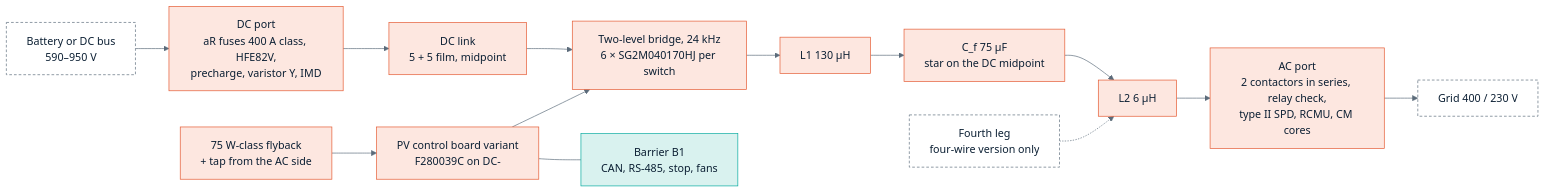
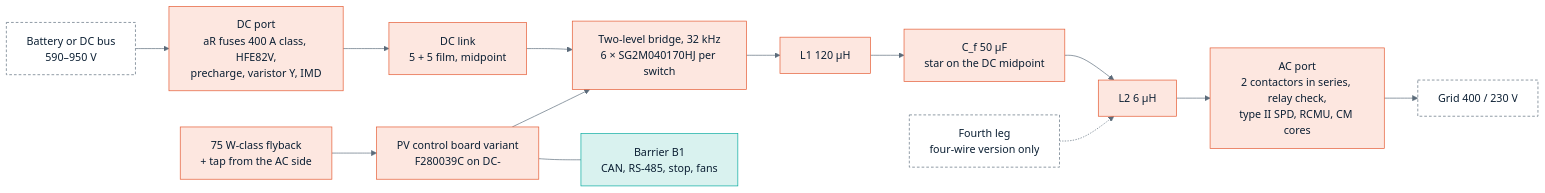
Before and after one commit to vectivolt/PCM: the diagram in docs/guide/09-pcs-p125.md, drawn with Mermaid. The commit also changed other lines of this file and 33 other files, not shown here.

````diff
--- a/docs/guide/09-pcs-p125.md
+++ b/docs/guide/09-pcs-p125.md
@@ -132,19 +136,19 @@
 ```mermaid
 %%{init: {"theme": "base", "themeVariables": {"primaryColor": "#EEF3F7", "primaryBorderColor": "#0B1F33", "primaryTextColor": "#0B1F33", "lineColor": "#5B6B7A", "secondaryColor": "#D9F2EF", "tertiaryColor": "#FFF4D6", "fontFamily": "Inter, Helvetica, Arial, sans-serif"}}}%%
 flowchart LR
     BAT["Battery or DC bus<br/>590–950 V"]:::ext --> DCP["DC port<br/>aR fuses 400 A class, HFE82V,<br/>precharge, varistor Y, IMD"]:::live
     DCP --> LINK["DC link<br/>5 + 5 film, midpoint"]:::live
-    LINK --> BR["Two-level bridge, 24 kHz<br/>6 × SG2M040170HJ per switch"]:::live
-    BR --> L1["L1 130 µH"]:::live
-    L1 --> CF["C_f 75 µF<br/>star on the DC midpoint"]:::live
+    LINK --> BR["Two-level bridge, 32 kHz<br/>6 × SG2M040170HJ per switch"]:::live
+    BR --> L1["L1 120 µH"]:::live
+    L1 --> CF["C_f 50 µF<br/>star on the DC midpoint"]:::live
     CF --> L2["L2 6 µH"]:::live
     L2 --> ACP["AC port<br/>2 contactors in series, relay check,<br/>type II SPD, RCMU, CM cores"]:::live
     ACP --> GRID["Grid 400 / 230 V"]:::ext
     CTL["PV control board variant<br/>F280039C on DC-"]:::live --> BR
     AUX["75 W-class flyback<br/>+ tap from the AC side"]:::live --> CTL
     CTL --- B1["Barrier B1<br/>CAN, RS-485, stop, fans"]:::selv
     N4["Fourth leg<br/>four-wire version only"]:::ext -.-> L2
     classDef live fill:#FDE7E0,stroke:#E4572E,color:#0B1F33
     classDef selv fill:#D9F2EF,stroke:#00A99D,color:#0B1F33
     classDef ext fill:#FFFFFF,stroke:#5B6B7A,stroke-dasharray:4 3
 ```
````
